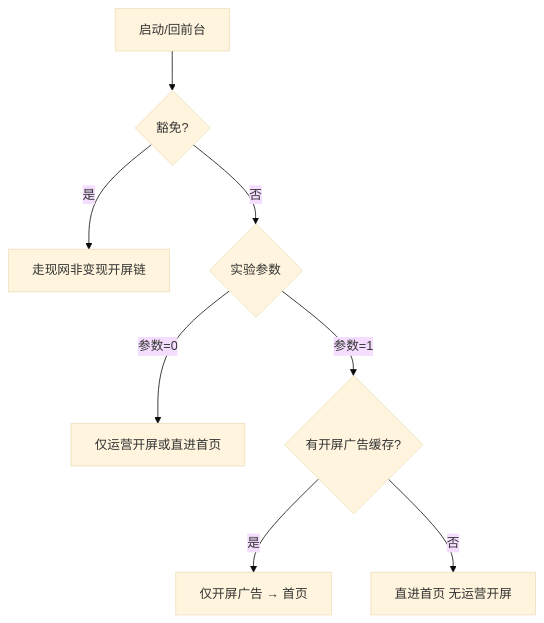
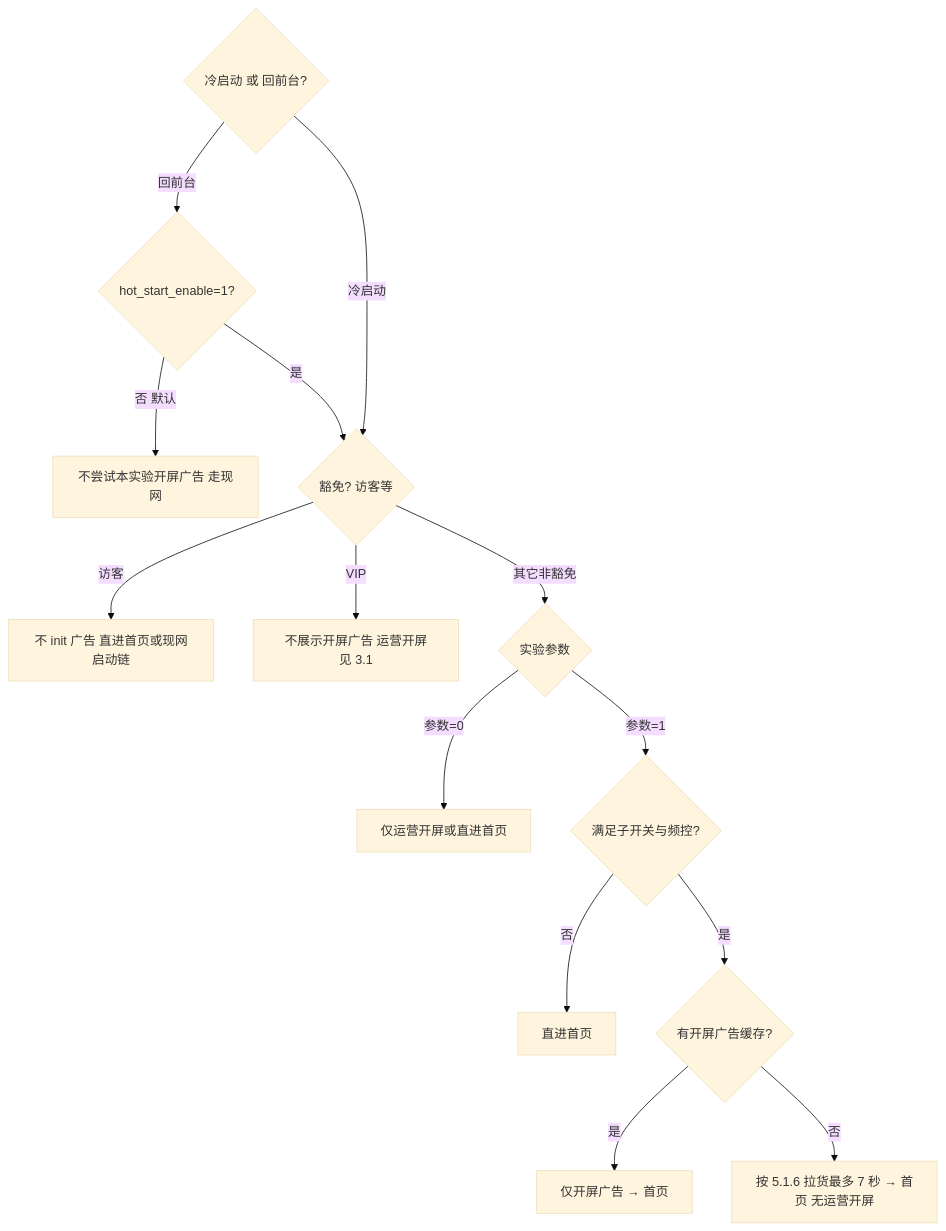
The first of 2 diagrams in docs/20260520/PRD/开屏与免费集插页AB/20260520_开屏与免费集插页AB_PRD.md (king460357/ff-app-prd), drawn with Mermaid (base theme) before and after one commit. The commit also changed other lines of this file and 2 other files, not shown here.

````diff
--- a/docs/20260520/PRD/开屏与免费集插页AB/20260520_开屏与免费集插页AB_PRD.md
+++ b/docs/20260520/PRD/开屏与免费集插页AB/20260520_开屏与免费集插页AB_PRD.md
@@ -104,10 +97,17 @@
 ```mermaid
 flowchart TD
-  A1[启动/回前台] --> A2{豁免?}
-  A2 -->|是| A9[走现网非变现开屏链]
-  A2 -->|否| A3{实验参数}
+  A0{冷启动 或 回前台?}
+  A0 -->|回前台| A0b{hot_start_enable=1?}
+  A0b -->|否 默认| A0c[不尝试本实验开屏广告 走现网]
+  A0b -->|是| A1
+  A0 -->|冷启动| A1{豁免? 访客等}
+  A1 -->|访客| A9v[不 init 广告 直进首页或现网启动链]
+  A1 -->|VIP| A9vip[不展示开屏广告 运营开屏见 3.1]
+  A1 -->|其它非豁免| A3{实验参数}
   A3 -->|参数=0| A4[仅运营开屏或直进首页]
-  A3 -->|参数=1| A5{有开屏广告缓存?}
-  A5 -->|是| A6[仅开屏广告 → 首页]
-  A5 -->|否| A7[直进首页 无运营开屏]
+  A3 -->|参数=1| A5{满足子开关与频控?}
+  A5 -->|否| A7[直进首页]
+  A5 -->|是| A6{有开屏广告缓存?}
+  A6 -->|是| A8[仅开屏广告 → 首页]
+  A6 -->|否| A7b[按 5.1.6 拉货最多 7 秒 → 首页 无运营开屏]
 ```
````
